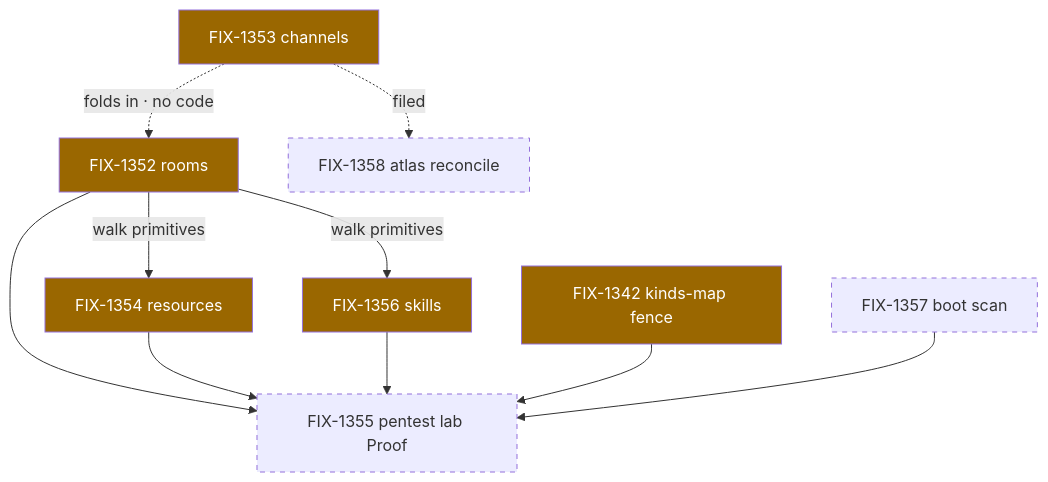
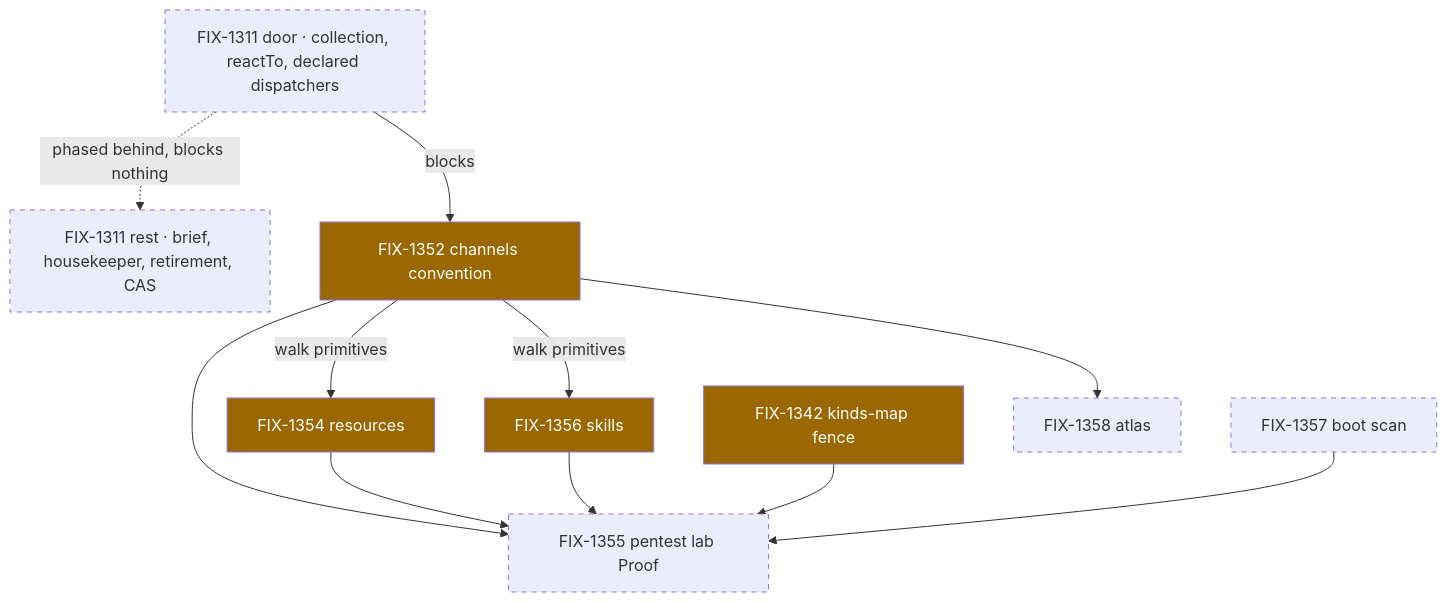
Before and after one commit to fixpoint-labs/flow-state-dev: the third of 3 diagrams in spec/_epics/file-convention-surface.explainer.md, drawn with Mermaid. The commit also changed other lines of this file and 1 other file, not shown here.

First line of the commit message:
spec(epic): the board door joins the floor, and a room is a channel (FIX-1351)

````diff
--- a/spec/_epics/file-convention-surface.explainer.md
+++ b/spec/_epics/file-convention-surface.explainer.md
@@ -46,16 +50,26 @@
 ```mermaid
 flowchart TD
-  C["FIX-1353 channels"] -.->|"folds in · no code"| R["FIX-1352 rooms"]
-  C -.->|"filed"| ATL["FIX-1358 atlas reconcile"]
-  R -->|"walk primitives"| RES["FIX-1354 resources"]
-  R -->|"walk primitives"| SK["FIX-1356 skills"]
-  R --> LAB["FIX-1355 pentest lab Proof"]
+  DOOR["FIX-1311 door · collection, reactTo, declared dispatchers"]
+  REST["FIX-1311 rest · brief, housekeeper, retirement, CAS"]
+  CH["FIX-1352 channels convention"]
+  RES["FIX-1354 resources"]
+  SK["FIX-1356 skills"]
+  K["FIX-1342 kinds-map fence"]
+  BOOT["FIX-1357 boot scan"]
+  LAB["FIX-1355 pentest lab Proof"]
+  ATL["FIX-1358 atlas"]
+  DOOR -->|blocks| CH
+  DOOR -.->|"phased behind, blocks nothing"| REST
+  CH -->|walk primitives| RES
+  CH -->|walk primitives| SK
+  CH --> LAB
   RES --> LAB
   SK --> LAB
-  K["FIX-1342 kinds-map fence"] --> LAB
-  BOOT["FIX-1357 boot scan"] --> LAB
+  K --> LAB
+  BOOT --> LAB
+  CH --> ATL
   classDef inflight fill:#9a6700,color:#fff
   classDef todo stroke-dasharray:5 5
-  class R,RES,SK,K,C inflight
-  class LAB,ATL,BOOT todo
+  class CH,RES,SK,K inflight
+  class DOOR,REST,LAB,ATL,BOOT todo
 ```
````
